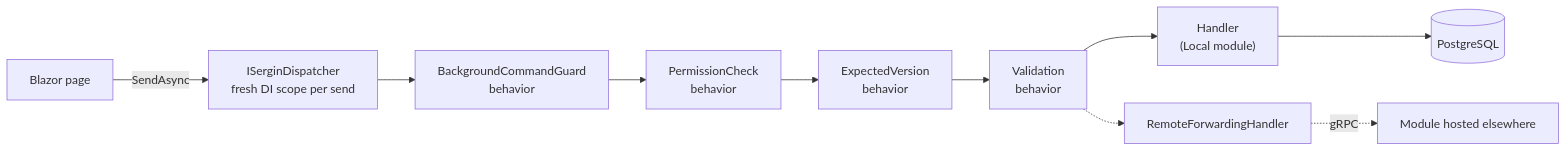
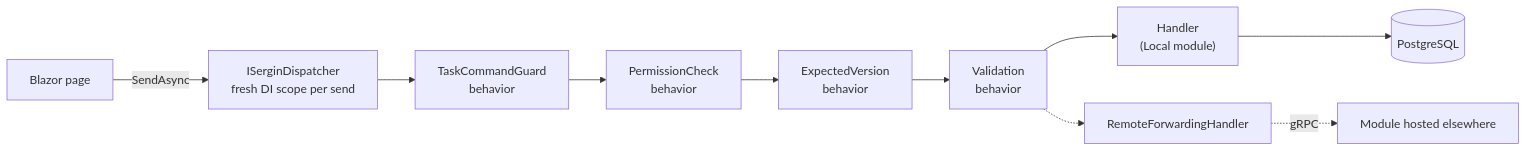
One commit to poursh/Sergin.MeterMinder changed the first of 2 diagrams in README.md. Above: the diagram before and after it, drawn with Mermaid. The commit also changed other lines of this file and 135 other files, not shown here.

First line of the commit message:
Task commands replace scheduled and background commands (#71)

````diff
--- a/README.md
+++ b/README.md
@@ -193,8 +193,8 @@
 ```mermaid
 flowchart LR
     Page["Blazor page"] -->|"SendAsync"| D["ISerginDispatcher<br/>fresh DI scope per send"]
-    D --> PB["BackgroundCommandGuard<br/>behavior"] --> P1["PermissionCheck<br/>behavior"] --> PV["ExpectedVersion<br/>behavior"] --> P2["Validation<br/>behavior"]
+    D --> PB["TaskCommandGuard<br/>behavior"] --> P1["PermissionCheck<br/>behavior"] --> PV["ExpectedVersion<br/>behavior"] --> P2["Validation<br/>behavior"]
     P2 --> H["Handler<br/>(Local module)"]
     P2 -.-> R["RemoteForwardingHandler"] -.->|"gRPC"| S["Module hosted elsewhere"]
     H --> DB[("PostgreSQL")]
 ```
````
